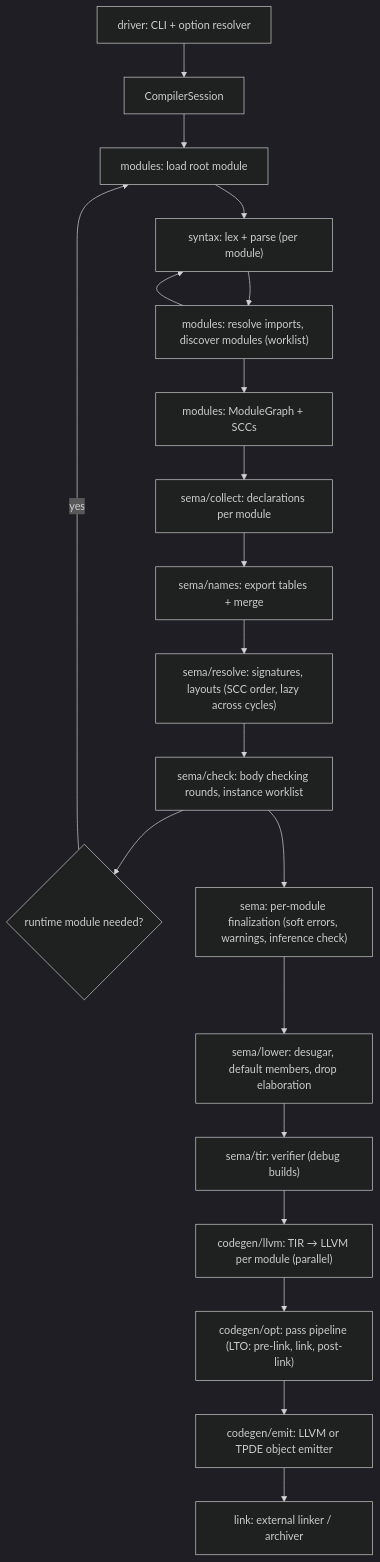
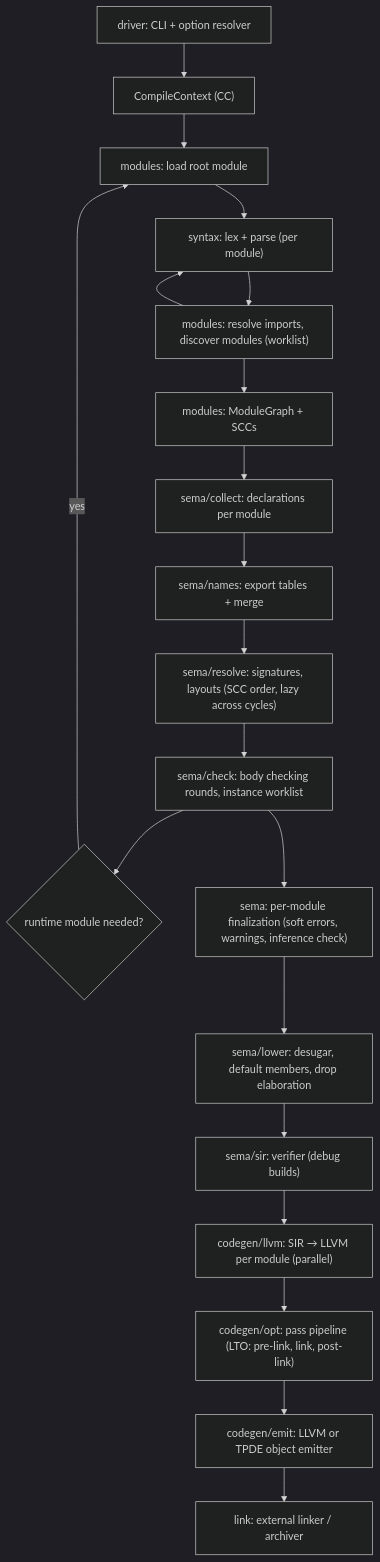
Before and after one commit to spicelang/spice: the first of 2 diagrams in media/specs/compiler-reimplementation.md, drawn with Mermaid (dark theme). The commit also changed other lines of this file, not shown here.

First line of the commit message:
Revise the re-implementation plan: src-next, SIR, CompileContext, issues

````diff
--- a/media/specs/compiler-reimplementation.md
+++ b/media/specs/compiler-reimplementation.md
@@ -317,22 +323,22 @@
 ```mermaid
 graph TD;
-    CLI["driver: CLI + option resolver"] --> Session["CompilerSession"];
-    Session --> Load["modules: load root module"];
+    CLI["driver: CLI + option resolver"] --> CC["CompileContext (CC)"];
+    CC --> Load["modules: load root module"];
     Load --> Parse["syntax: lex + parse (per module)"];
     Parse --> Imports["modules: resolve imports, discover modules (worklist)"];
     Imports --> Parse;
     Imports --> Graph["modules: ModuleGraph + SCCs"];
     Graph --> Collect["sema/collect: declarations per module"];
     Collect --> Names["sema/names: export tables + merge"];
     Names --> Sigs["sema/resolve: signatures, layouts (SCC order, lazy across cycles)"];
     Sigs --> Bodies["sema/check: body checking rounds, instance worklist"];
     Bodies --> Runtime{"runtime module needed?"};
     Runtime -- yes --> Load;
     Bodies --> Finalize["sema: per-module finalization (soft errors, warnings, inference check)"];
     Finalize --> Lower["sema/lower: desugar, default members, drop elaboration"];
-    Lower --> Verify["sema/tir: verifier (debug builds)"];
-    Verify --> Codegen["codegen/llvm: TIR → LLVM per module (parallel)"];
+    Lower --> Verify["sema/sir: verifier (debug builds)"];
+    Verify --> Codegen["codegen/llvm: SIR → LLVM per module (parallel)"];
     Codegen --> Opt["codegen/opt: pass pipeline (LTO: pre-link, link, post-link)"];
     Opt --> Emit["codegen/emit: LLVM or TPDE object emitter"];
     Emit --> Link["link: external linker / archiver"];
 ```
````
